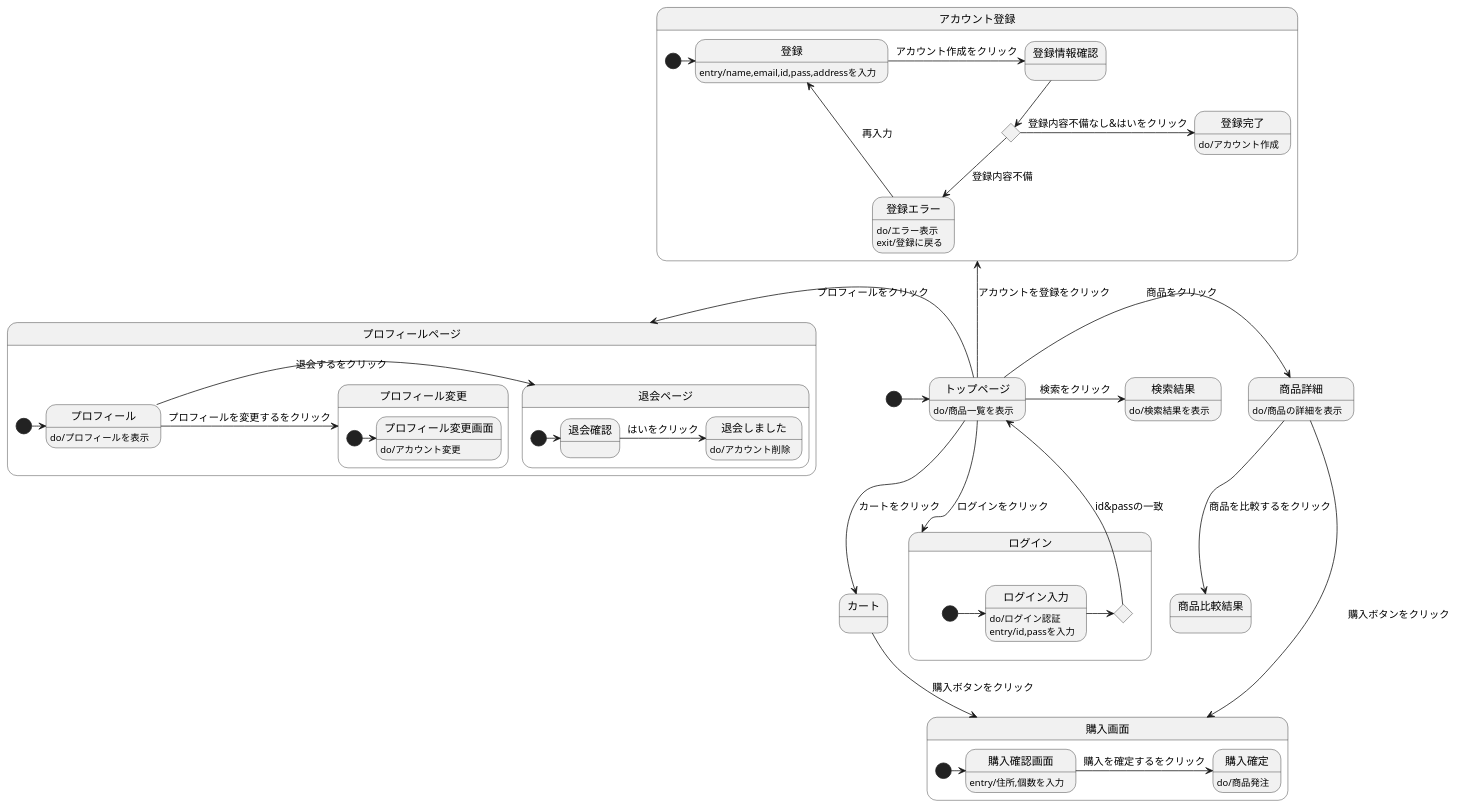
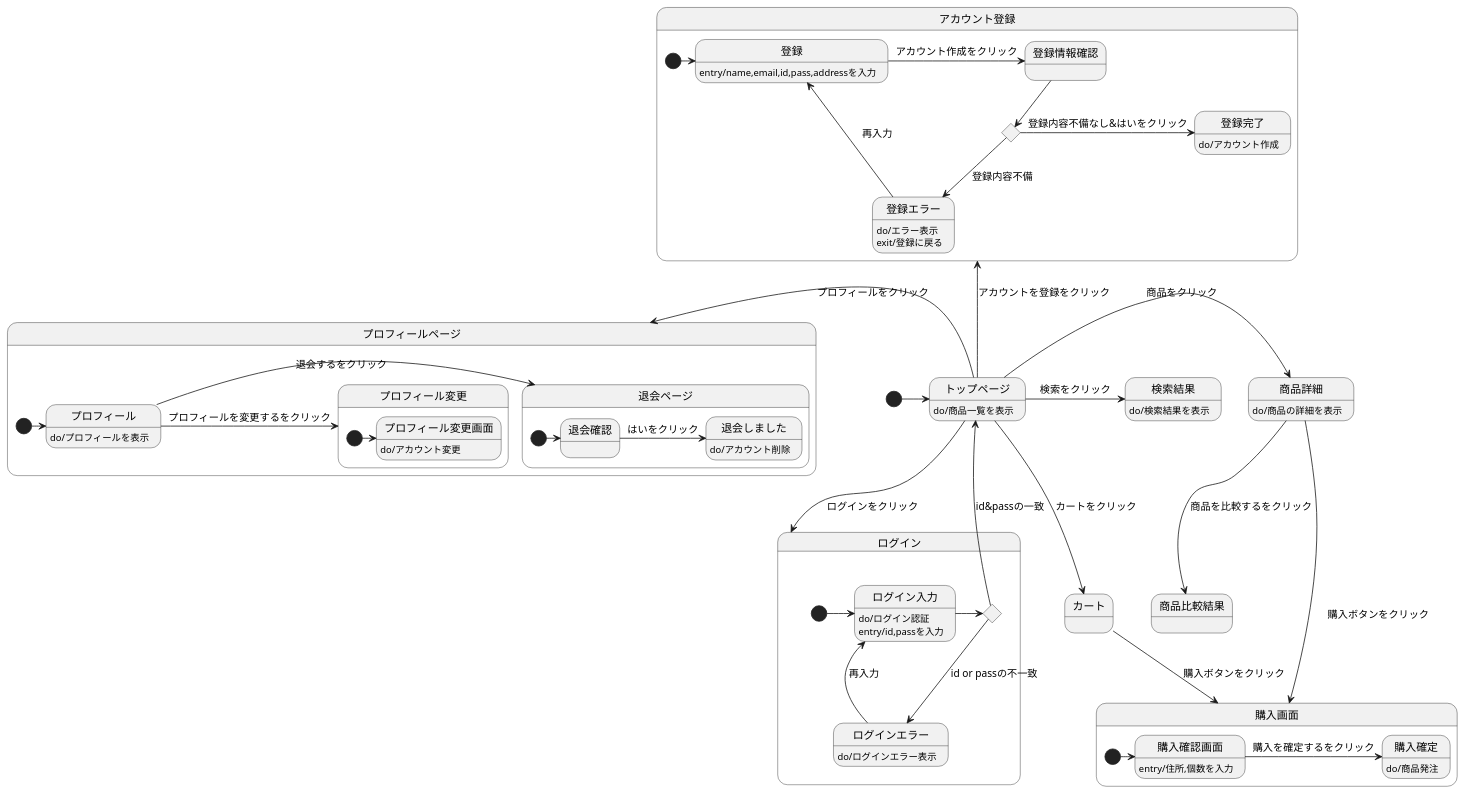
Before and after one commit to Aso2001159/2021sys-design: the diagram in stm01.md, drawn with PlantUML.

````diff
--- a/stm01.md
+++ b/stm01.md
@@ -1,62 +1,65 @@
 ```uml
 
 @startuml
 [*]->トップページ
 トップページ : do/商品一覧を表示
 トップページ->商品詳細 : 商品をクリック
   商品詳細 : do/商品の詳細を表示
   商品詳細 --> 商品比較結果 : 商品を比較するをクリック
   商品詳細-> 購入画面 :　購入ボタンをクリック
 トップページ-down->ログイン :ログインをクリック
 state ログイン{
   state r確認 <<choice>>
   [*] -> ログイン入力 
   ログイン入力 : do/ログイン認証
   ログイン入力 : entry/id,passを入力
   ログイン入力 -> r確認
   r確認 -> トップページ : id&passの一致
+   r確認 --> ログインエラー : id or passの不一致
+    ログインエラー :do/ログインエラー表示
+  ログインエラー -> ログイン入力 : 再入力
 
 }
 トップページ-->カート :カートをクリック
 カート --> 購入画面 : 購入ボタンをクリック
 state 購入画面{
   [*]-> 購入確認画面
   購入確認画面 : entry/住所,個数を入力
   購入確認画面 -> 購入確定 : 購入を確定するをクリック
   購入確定 : do/商品発注
 }
 state アカウント登録{
 [*]-> 登録 
   トップページ-up-> アカウント登録 :アカウントを登録をクリック
   state t確認 <<choice>>
   登録 : entry/name,email,id,pass,addressを入力
   登録 ->登録情報確認: アカウント作成をクリック
   登録情報確認 --> t確認 
   t確認 --> 登録エラー : 登録内容不備
     登録エラー : do/エラー表示
     登録エラー : exit/登録に戻る
    登録エラー -> 登録 : 再入力
   t確認 -> 登録完了: 登録内容不備なし&はいをクリック
     登録完了: do/アカウント作成
   }
 トップページ->検索結果 :検索をクリック
   検索結果 : do/検索結果を表示
 トップページ-left->プロフィールページ :プロフィールをクリック
 state プロフィールページ{
 [*] -> プロフィール
 プロフィール : do/プロフィールを表示
   プロフィール ->退会ページ :退会するをクリック
   state 退会ページ{
     [*]-> 退会確認 
     退会確認-> 退会しました : はいをクリック
       退会しました : do/アカウント削除
     }
     プロフィール -> プロフィール変更 : プロフィールを変更するをクリック
     state プロフィール変更{
       [*]-> プロフィール変更画面
       プロフィール変更画面 : do/アカウント変更
     }
  }
 @enduml
 
 ```
````
